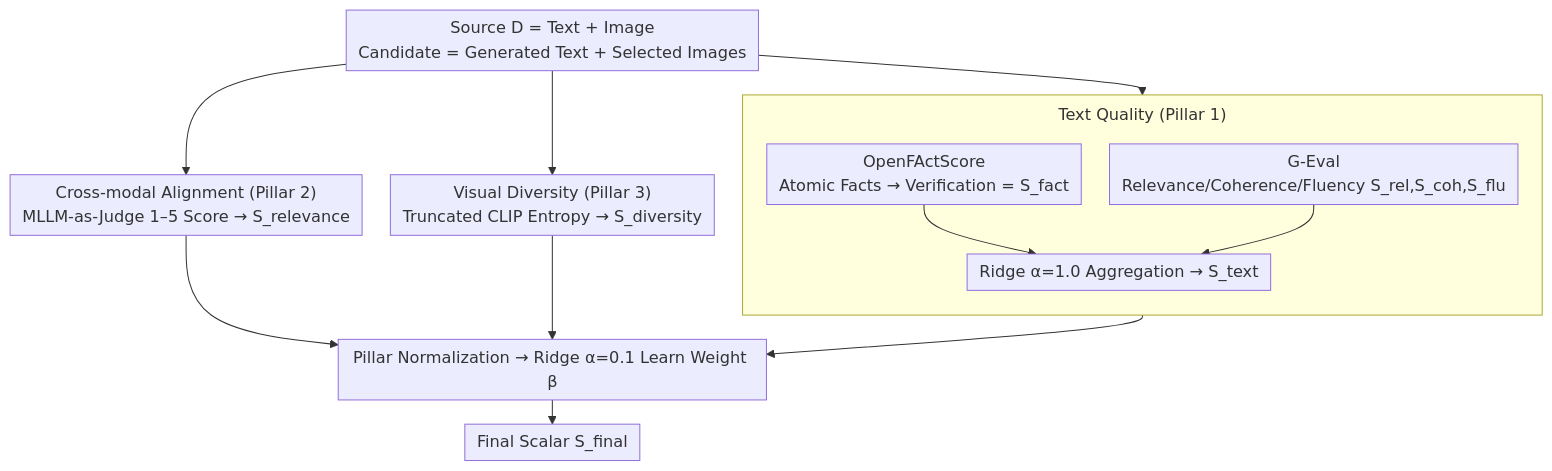
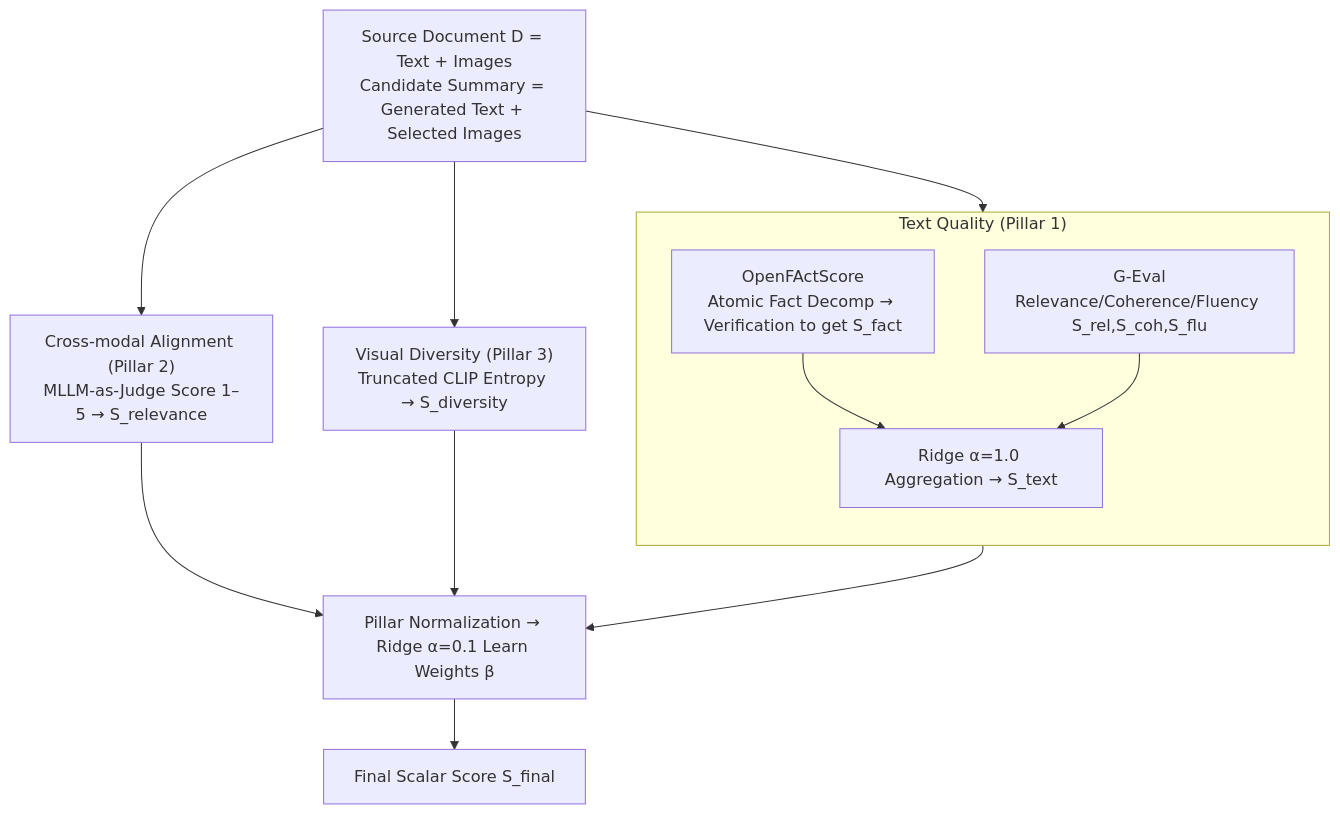
One commit to zhaoyang97/Paper-Notes-en changed the diagram in docs/ACL2026/multimodal_vlm/measuring_what_matters_beyond_text_evaluating_multimodal_summaries_by_quality_al.md. Above: the diagram before and after it, drawn with Mermaid. The commit also changed other lines of this file and 5084 other files, not shown here.

````diff
--- a/docs/ACL2026/multimodal_vlm/measuring_what_matters_beyond_text_evaluating_multimodal_summaries_by_quality_al.md
+++ b/docs/ACL2026/multimodal_vlm/measuring_what_matters_beyond_text_evaluating_multimodal_summaries_by_quality_al.md
@@ -44,21 +44,20 @@
 ```mermaid
-%%{init: {'flowchart': {'rankSpacing': 24, 'nodeSpacing': 28, 'padding': 6, 'wrappingWidth': 400, 'subGraphTitleMargin': {'top': 8, 'bottom': 16}}}}%%
 flowchart TD
-    IN["Source D = Text + Image<br/>Candidate = Generated Text + Selected Images"]
+    IN["Source Document D = Text + Images<br/>Candidate Summary = Generated Text + Selected Images"]
     subgraph P1["Text Quality (Pillar 1)"]
         direction TB
-        A1["OpenFActScore<br/>Atomic Facts → Verification = S_fact"]
+        A1["OpenFActScore<br/>Atomic Fact Decomp → Verification to get S_fact"]
         A2["G-Eval<br/>Relevance/Coherence/Fluency S_rel,S_coh,S_flu"]
         A1 --> A3["Ridge α=1.0 Aggregation → S_text"]
         A2 --> A3
     end
-    P2["Cross-modal Alignment (Pillar 2)<br/>MLLM-as-Judge 1–5 Score → S_relevance"]
+    P2["Cross-modal Alignment (Pillar 2)<br/>MLLM-as-Judge Score 1–5 → S_relevance"]
     P3["Visual Diversity (Pillar 3)<br/>Truncated CLIP Entropy → S_diversity"]
     IN --> P1
     IN --> P2
     IN --> P3
-    P1 --> AGG["Pillar Normalization → Ridge α=0.1 Learn Weight β"]
+    P1 --> AGG["Pillar Normalization → Ridge α=0.1 Learn Weights β"]
     P2 --> AGG
     P3 --> AGG
-    AGG --> OUT["Final Scalar S_final"]
+    AGG --> OUT["Final Scalar Score S_final"]
 ```
````
